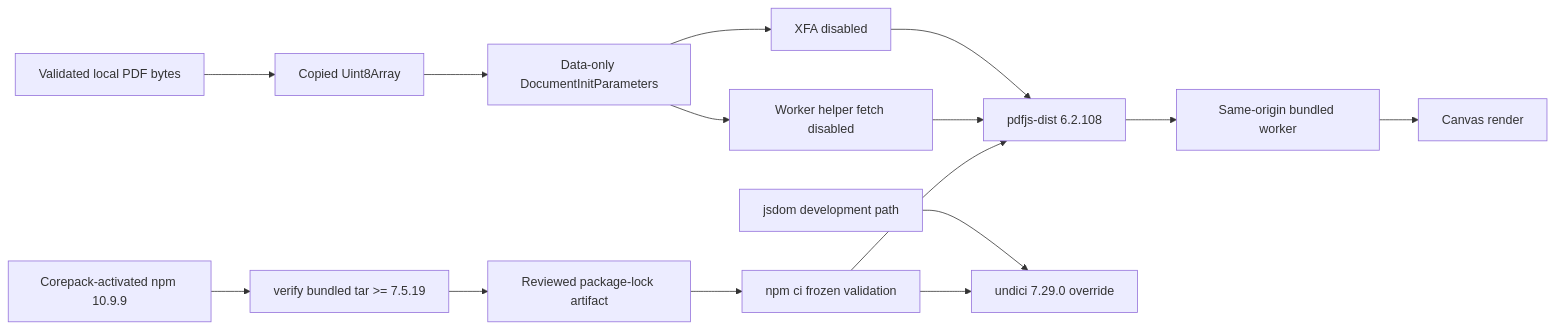
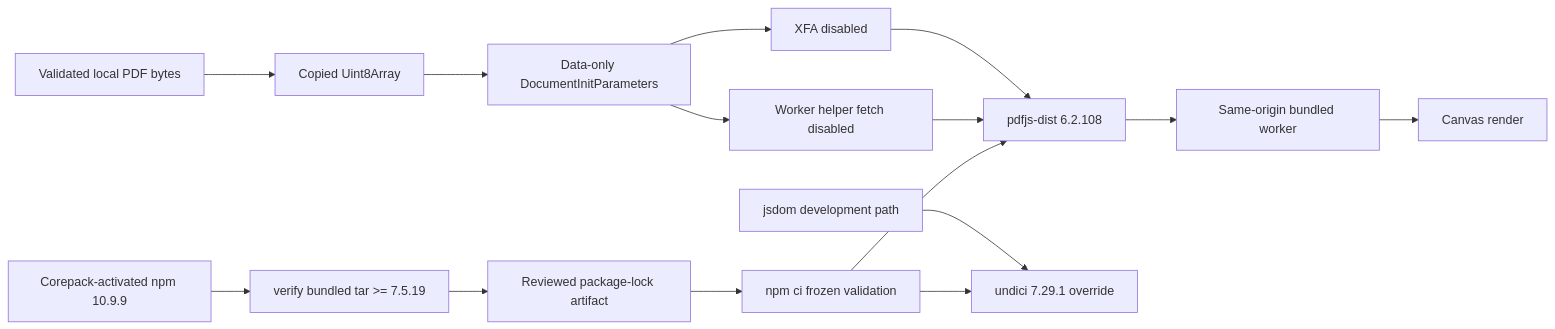
The diagram in docs/doctoring/high-security-pdf-http-baseline.md (ContextualWisdomLab/bandscope), drawn with Mermaid before and after one commit. The commit also changed other lines of this file and 4 other files, not shown here.

````diff
--- a/docs/doctoring/high-security-pdf-http-baseline.md
+++ b/docs/doctoring/high-security-pdf-http-baseline.md
@@ -15,17 +15,17 @@
 ```mermaid
 flowchart LR
     A[Validated local PDF bytes] --> B[Copied Uint8Array]
     B --> D[Data-only DocumentInitParameters]
     D --> X[XFA disabled]
     D --> F[Worker helper fetch disabled]
     X --> C[pdfjs-dist 6.2.108]
     F --> C
     C --> W[Same-origin bundled worker]
     W --> R[Canvas render]
-    J[jsdom development path] --> U[undici 7.29.0 override]
+    J[jsdom development path] --> U[undici 7.29.1 override]
     N[Corepack-activated npm 10.9.9] --> T[verify bundled tar >= 7.5.19]
     T --> L[Reviewed package-lock artifact]
     L --> V[npm ci frozen validation]
     V --> C
     V --> U
 ```
````
